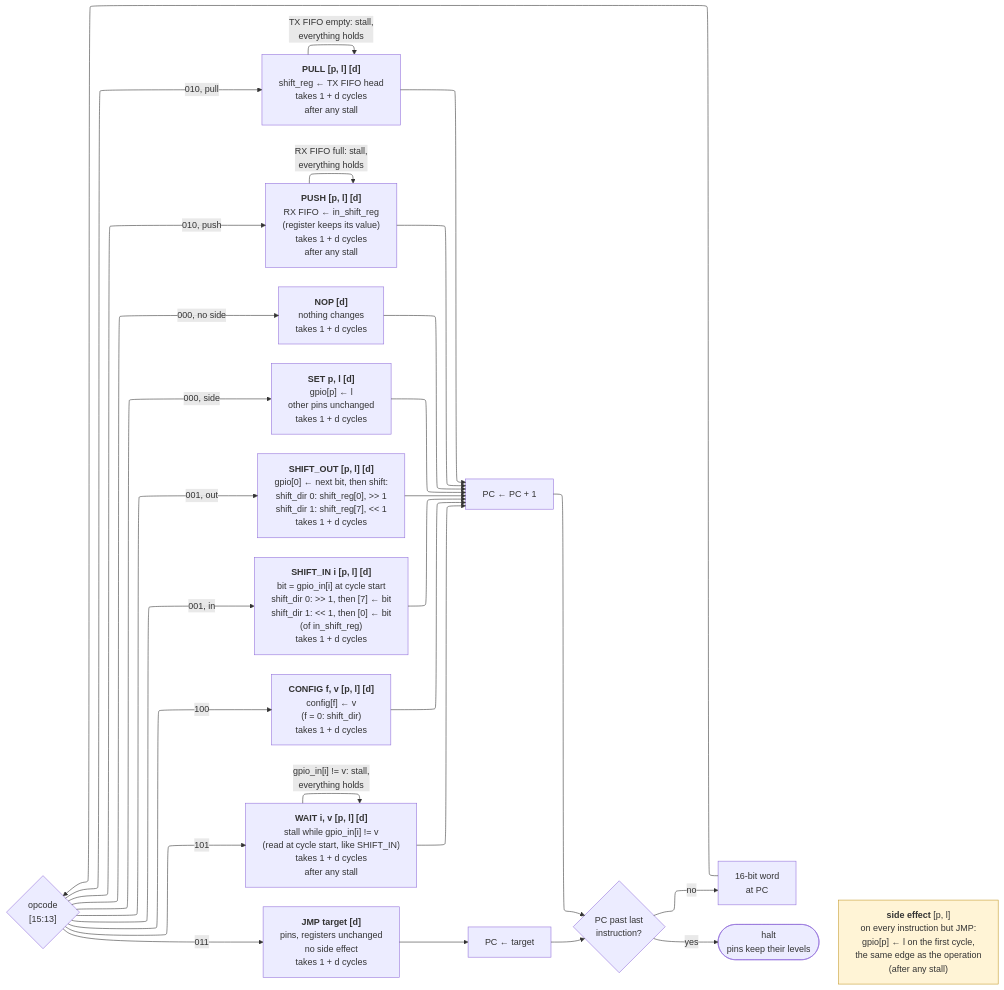
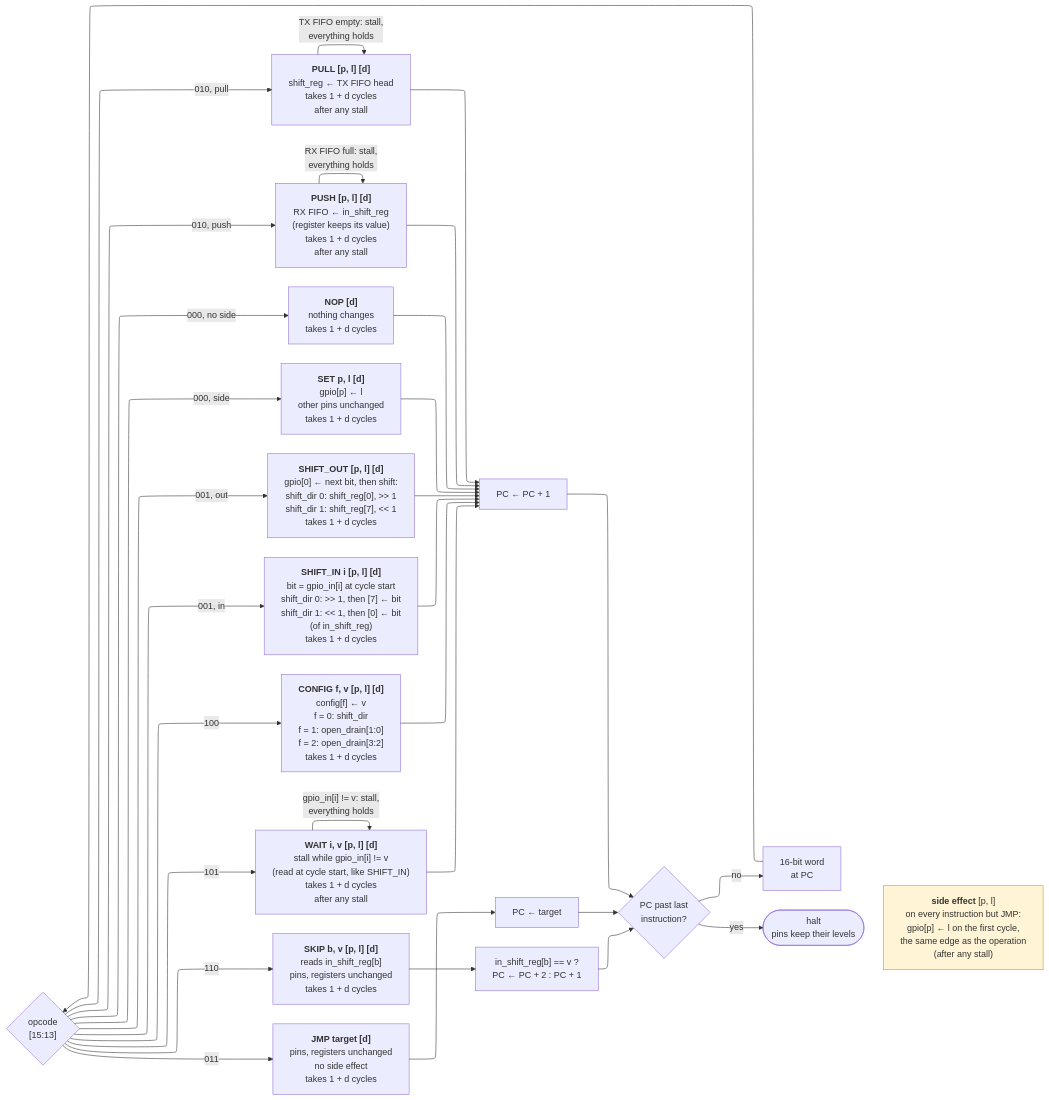
One commit to cshieldsce/smallcore changed the diagram in docs/isa_execute.mmd. Above: the diagram before and after it, drawn with Mermaid. The commit also changed 11 other files, not shown here.

Commit message:
update diagrams for open drain pins, the config fields and skip

```diff
--- a/docs/isa_execute.mmd
+++ b/docs/isa_execute.mmd
@@ -1,30 +1,33 @@
 %%{init: {"flowchart": {"wrappingWidth": 260}}}%%
 flowchart-elk LR
   W["16-bit word<br/>at PC"] --> OP{"opcode<br/>[15:13]"}
   OP -->|"010, pull"| PULL["<b>PULL [p, l] [d]</b><br/>shift_reg ← TX FIFO head<br/>takes 1 + d cycles<br/>after any stall"]
   PULL -->|"TX FIFO empty: stall,<br/>everything holds"| PULL
   OP -->|"010, push"| PUSH["<b>PUSH [p, l] [d]</b><br/>RX FIFO ← in_shift_reg<br/>(register keeps its value)<br/>takes 1 + d cycles<br/>after any stall"]
   PUSH -->|"RX FIFO full: stall,<br/>everything holds"| PUSH
   OP -->|"000, no side"| NOP["<b>NOP [d]</b><br/>nothing changes<br/>takes 1 + d cycles"]
   OP -->|"000, side"| SET["<b>SET p, l [d]</b><br/>gpio[p] ← l<br/>other pins unchanged<br/>takes 1 + d cycles"]
   OP -->|"001, out"| SHIFT["<b>SHIFT_OUT [p, l] [d]</b><br/>gpio[0] ← next bit, then shift:<br/>shift_dir 0: shift_reg[0], >> 1<br/>shift_dir 1: shift_reg[7], << 1<br/>takes 1 + d cycles"]
   OP -->|"001, in"| SHIN["<b>SHIFT_IN i [p, l] [d]</b><br/>bit = gpio_in[i] at cycle start<br/>shift_dir 0: >> 1, then [7] ← bit<br/>shift_dir 1: << 1, then [0] ← bit<br/>(of in_shift_reg)<br/>takes 1 + d cycles"]
-  OP -->|100| CFG["<b>CONFIG f, v [p, l] [d]</b><br/>config[f] ← v<br/>(f = 0: shift_dir)<br/>takes 1 + d cycles"]
+  OP -->|100| CFG["<b>CONFIG f, v [p, l] [d]</b><br/>config[f] ← v<br/>f = 0: shift_dir<br/>f = 1: open_drain[1:0]<br/>f = 2: open_drain[3:2]<br/>takes 1 + d cycles"]
   OP -->|101| WAIT["<b>WAIT i, v [p, l] [d]</b><br/>stall while gpio_in[i] != v<br/>(read at cycle start, like SHIFT_IN)<br/>takes 1 + d cycles<br/>after any stall"]
   WAIT -->|"gpio_in[i] != v: stall,<br/>everything holds"| WAIT
+  OP -->|110| SKIP["<b>SKIP b, v [p, l] [d]</b><br/>reads in_shift_reg[b]<br/>pins, registers unchanged<br/>takes 1 + d cycles"]
   OP -->|011| JMP["<b>JMP target [d]</b><br/>pins, registers unchanged<br/>no side effect<br/>takes 1 + d cycles"]
   PULL --> NEXT["PC ← PC + 1"]
   PUSH --> NEXT
   NOP --> NEXT
   SET --> NEXT
   SHIFT --> NEXT
   SHIN --> NEXT
   CFG --> NEXT
   WAIT --> NEXT
   JMP --> JNEXT["PC ← target"]
+  SKIP --> SNEXT["in_shift_reg[b] == v ?<br/>PC ← PC + 2 : PC + 1"]
   HALT ~~~ SIDE["<b>side effect</b> [p, l]<br/>on every instruction but JMP:<br/>gpio[p] ← l on the first cycle,<br/>the same edge as the operation<br/>(after any stall)"]
   NEXT --> END{"PC past last<br/>instruction?"}
   JNEXT --> END
+  SNEXT --> END
   END -->|no| W
   END -->|yes| HALT(["halt<br/>pins keep their levels"])
   style SIDE fill:#fff4d6,stroke:#c49a2a
```
